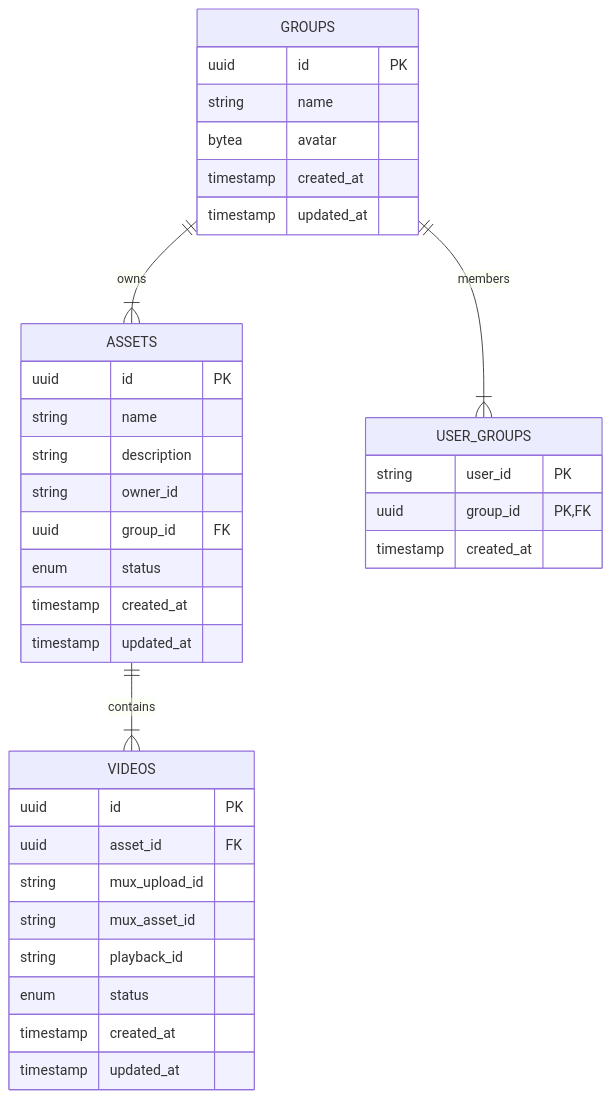
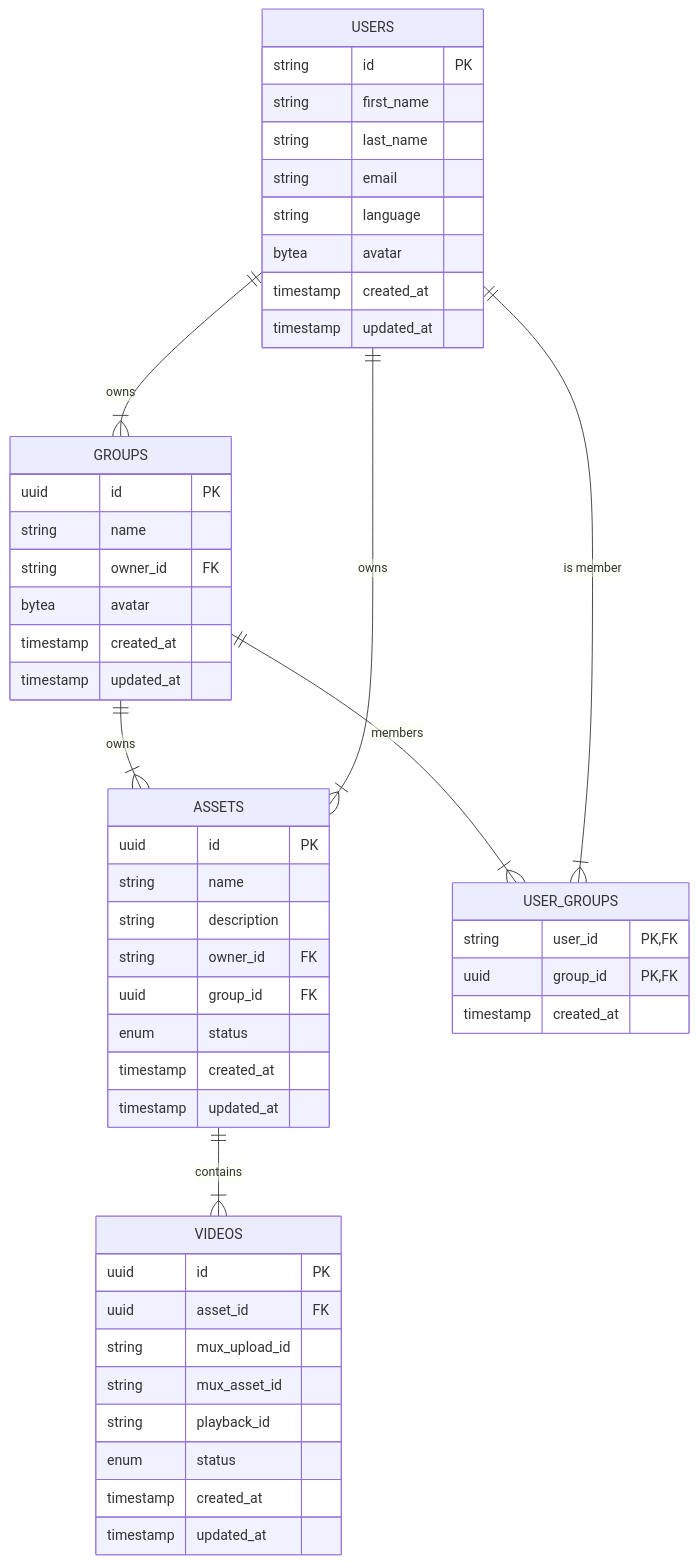
The fourth of 4 diagrams in README.md (OZIOisgood/zeta), drawn with Mermaid before and after one commit. The commit also changed 4 other files, not shown here.

Commit message:
feat(user): enhance user model and database schema with ownership relationships and avatar support

````diff
--- a/README.md
+++ b/README.md
@@ -164,39 +164,53 @@
 ```mermaid
 erDiagram
     ASSETS ||--|{ VIDEOS : contains
     GROUPS ||--|{ ASSETS : owns
     GROUPS ||--|{ USER_GROUPS : members
+    USERS ||--|{ USER_GROUPS : "is member"
+    USERS ||--|{ GROUPS : "owns"
+    USERS ||--|{ ASSETS : "owns"
 
     ASSETS {
         uuid id PK
         string name
         string description
-        string owner_id
+        string owner_id FK
         uuid group_id FK
         enum status
         timestamp created_at
         timestamp updated_at
     }
     VIDEOS {
         uuid id PK
         uuid asset_id FK
         string mux_upload_id
         string mux_asset_id
         string playback_id
         enum status
         timestamp created_at
         timestamp updated_at
     }
     GROUPS {
         uuid id PK
         string name
+        string owner_id FK
         bytea avatar
         timestamp created_at
         timestamp updated_at
     }
     USER_GROUPS {
-        string user_id PK
+        string user_id PK, FK
         uuid group_id PK, FK
         timestamp created_at
     }
+    USERS {
+        string id PK
+        string first_name
+        string last_name
+        string email
+        string language
+        bytea avatar
+        timestamp created_at
+        timestamp updated_at
+    }
 ```
````
